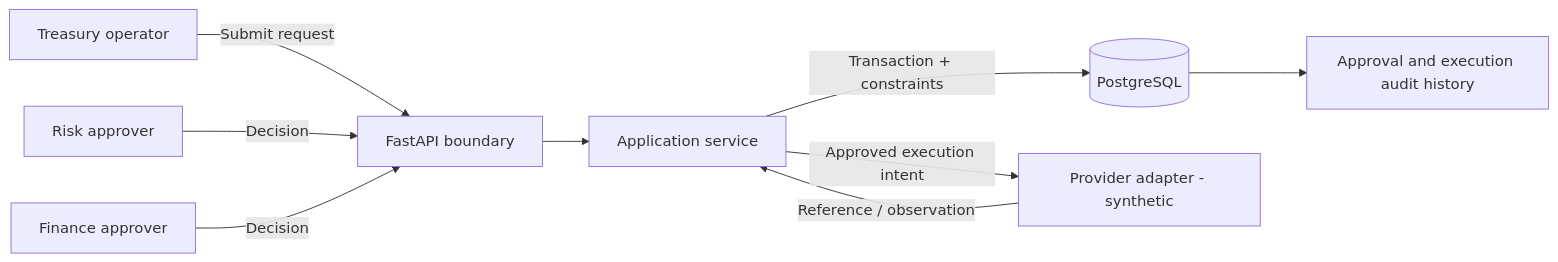
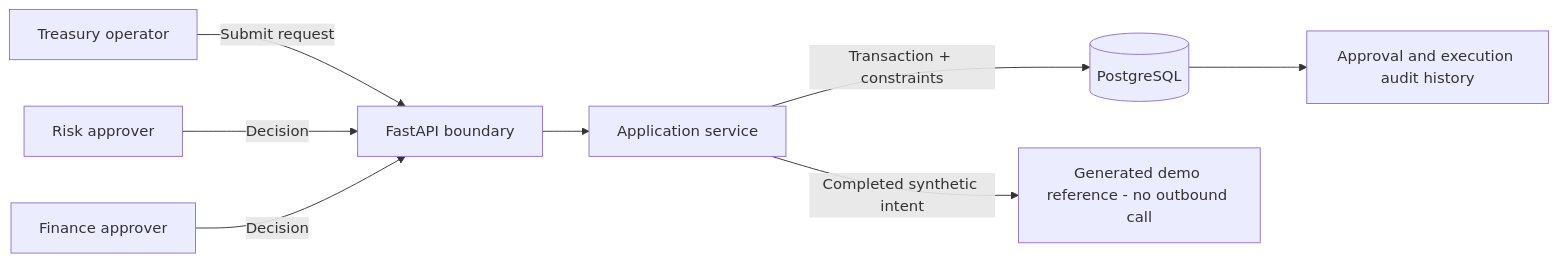
One commit to damian123/internal-transfer-approval-fastapi changed the diagram in README.md. Above: the diagram before and after it, drawn with Mermaid. The commit also changed other lines of this file and 14 other files, not shown here.

````diff
--- a/README.md
+++ b/README.md
@@ -66,11 +81,10 @@
 ```mermaid
 flowchart LR
     Operator[Treasury operator] -->|Submit request| API[FastAPI boundary]
     Approver1[Risk approver] -->|Decision| API
     Approver2[Finance approver] -->|Decision| API
     API --> Service[Application service]
     Service -->|Transaction + constraints| DB[(PostgreSQL)]
-    Service -->|Approved execution intent| Provider[Provider adapter - synthetic]
-    Provider -->|Reference / observation| Service
+    Service -->|Completed synthetic intent| Provider[Generated demo reference - no outbound call]
     DB --> Audit[Approval and execution audit history]
 ```
````
